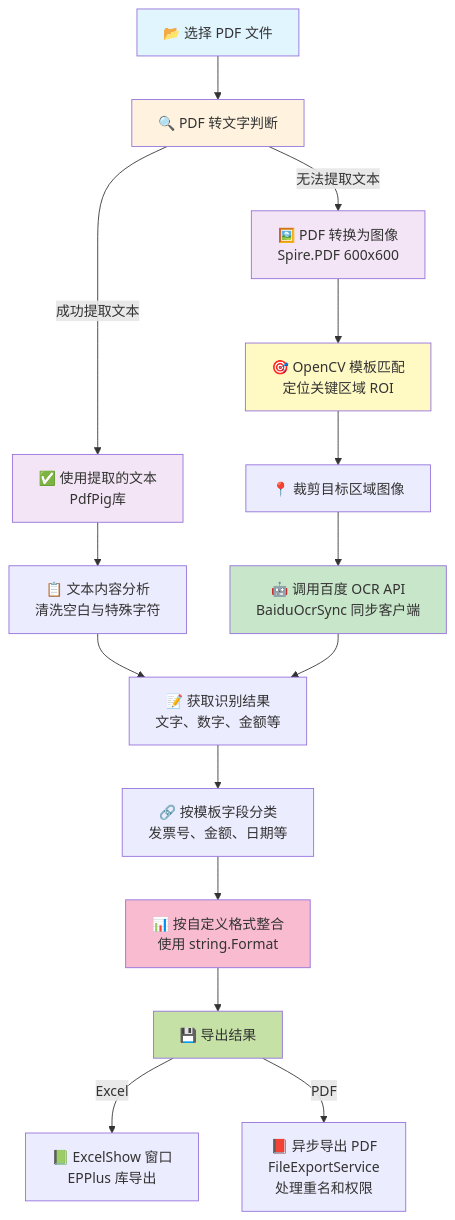
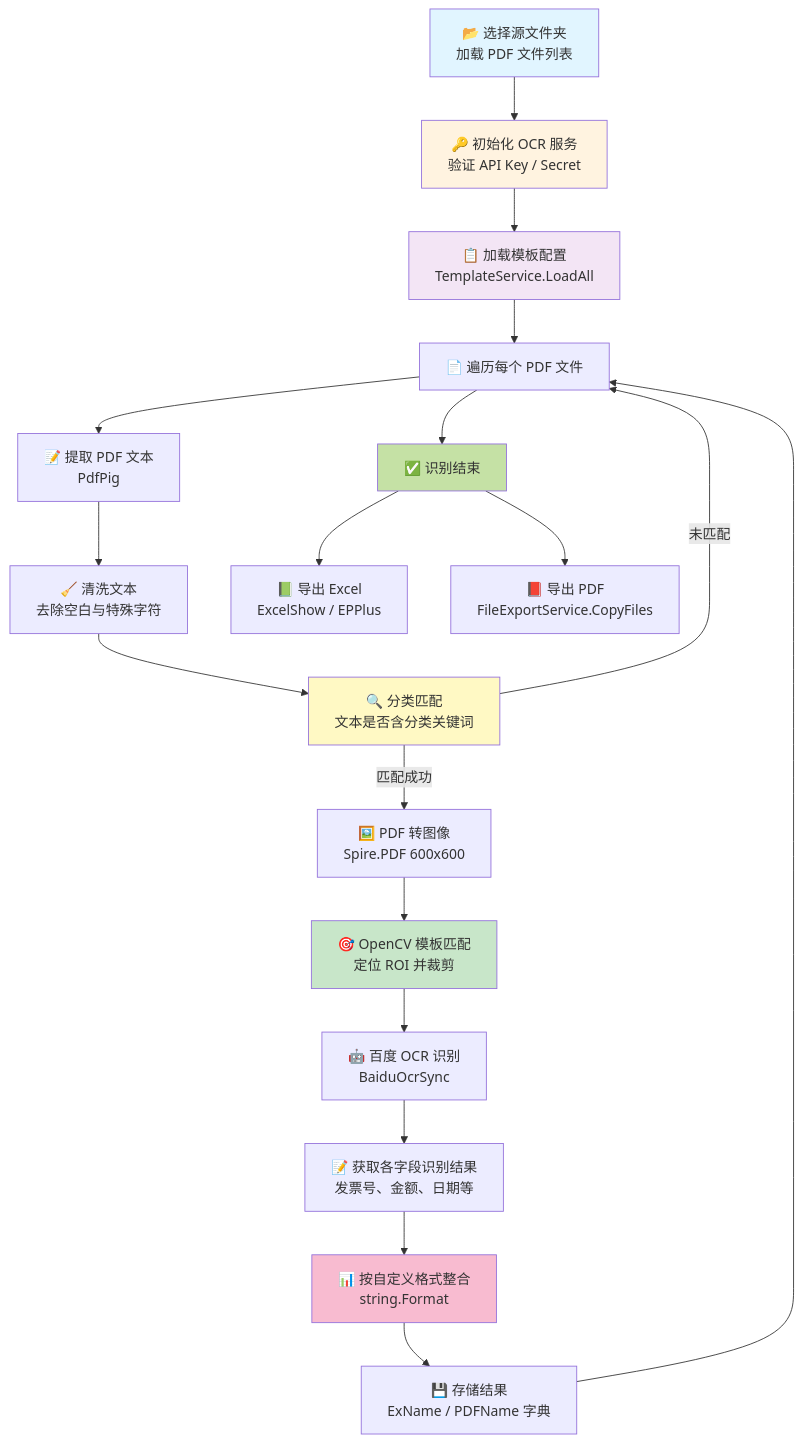
Before and after one commit to sleep-jin/Reimbursement-form: the diagram in README.md, drawn with Mermaid. The commit also changed other lines of this file, not shown here.

````diff
--- a/README.md
+++ b/README.md
@@ -173,26 +160,28 @@
 ```mermaid
 flowchart TD
-	A["📂 选择 PDF 文件"] --> B["🔍 PDF 转文字判断"]
-	B -->|成功提取文本| C["✅ 使用提取的文本<br/>PdfPig库"]
-	B -->|无法提取文本| D["🖼️ PDF 转换为图像<br/>Spire.PDF 600x600"]
-    C --> E["📋 文本内容分析<br/>清洗空白与特殊字符"]
-    D --> F["🎯 OpenCV 模板匹配<br/>定位关键区域 ROI"]
-    F --> G["📍 裁剪目标区域图像"]
-    G --> H["🤖 调用百度 OCR API<br/>BaiduOcrSync 同步客户端"]
-    E --> I["📝 获取识别结果<br/>文字、数字、金额等"]
-    H --> I
-    I --> J["🔗 按模板字段分类<br/>发票号、金额、日期等"]
-    J --> K["📊 按自定义格式整合<br/>使用 string.Format"]
-    K --> L["💾 导出结果"]
-    L -->|Excel| M["📗 ExcelShow 窗口<br/>EPPlus 库导出"]
-    L -->|PDF| N["📕 异步导出 PDF<br/>FileExportService<br/>处理重名和权限"]
+    A["📂 选择源文件夹<br/>加载 PDF 文件列表"] --> B["🔑 初始化 OCR 服务<br/>验证 API Key / Secret"]
+    B --> C["📋 加载模板配置<br/>TemplateService.LoadAll"]
+    C --> D["📄 遍历每个 PDF 文件"]
+    D --> E["📝 提取 PDF 文本<br/>PdfPig"]
+    E --> F["🧹 清洗文本<br/>去除空白与特殊字符"]
+    F --> G["🔍 分类匹配<br/>文本是否含分类关键词"]
+    G -->|匹配成功| H["🖼️ PDF 转图像<br/>Spire.PDF 600x600"]
+    G -->|未匹配| D
+    H --> I["🎯 OpenCV 模板匹配<br/>定位 ROI 并裁剪"]
+    I --> J["🤖 百度 OCR 识别<br/>BaiduOcrSync"]
+    J --> K["📝 获取各字段识别结果<br/>发票号、金额、日期等"]
+    K --> L["📊 按自定义格式整合<br/>string.Format"]
+    L --> M["💾 存储结果<br/>ExName / PDFName 字典"]
+    M --> D
+    D --> N["✅ 识别结束"]
+    N --> O["📗 导出 Excel<br/>ExcelShow / EPPlus"]
+    N --> P["📕 导出 PDF<br/>FileExportService.CopyFiles"]
 
     style A fill:#e1f5ff
     style B fill:#fff3e0
     style C fill:#f3e5f5
-    style D fill:#f3e5f5
-    style F fill:#fff9c4
-    style H fill:#c8e6c9
-    style K fill:#f8bbd0
-    style L fill:#c5e1a5
+    style G fill:#fff9c4
+    style I fill:#c8e6c9
+    style L fill:#f8bbd0
+    style N fill:#c5e1a5
 ```
````
